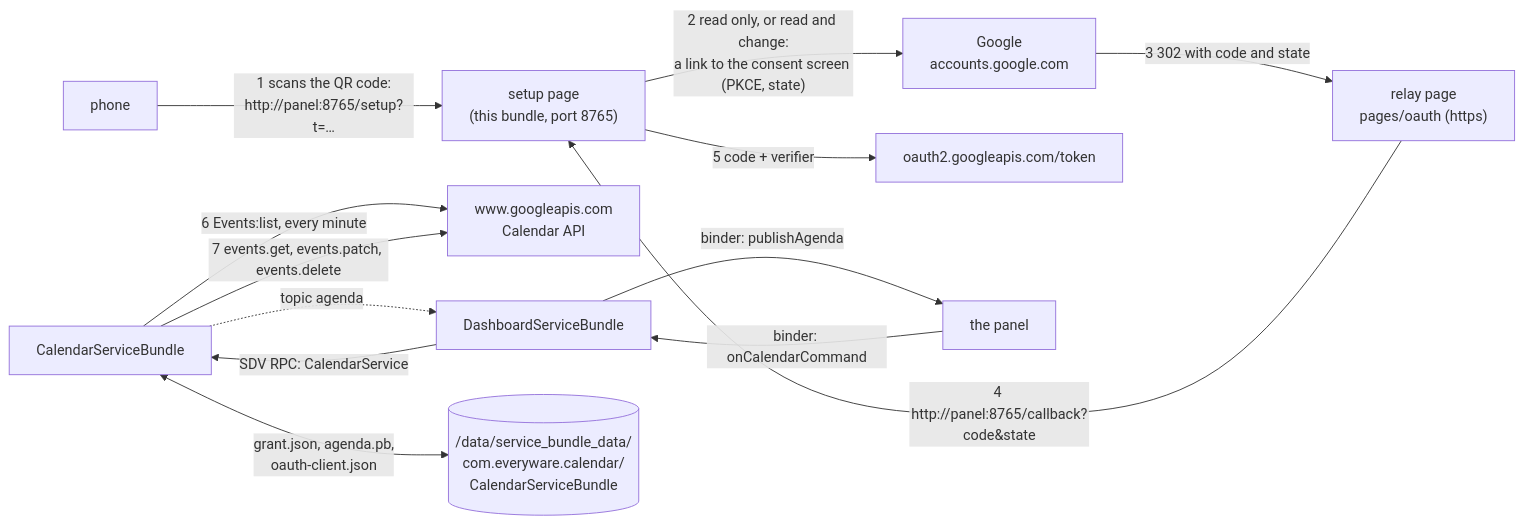
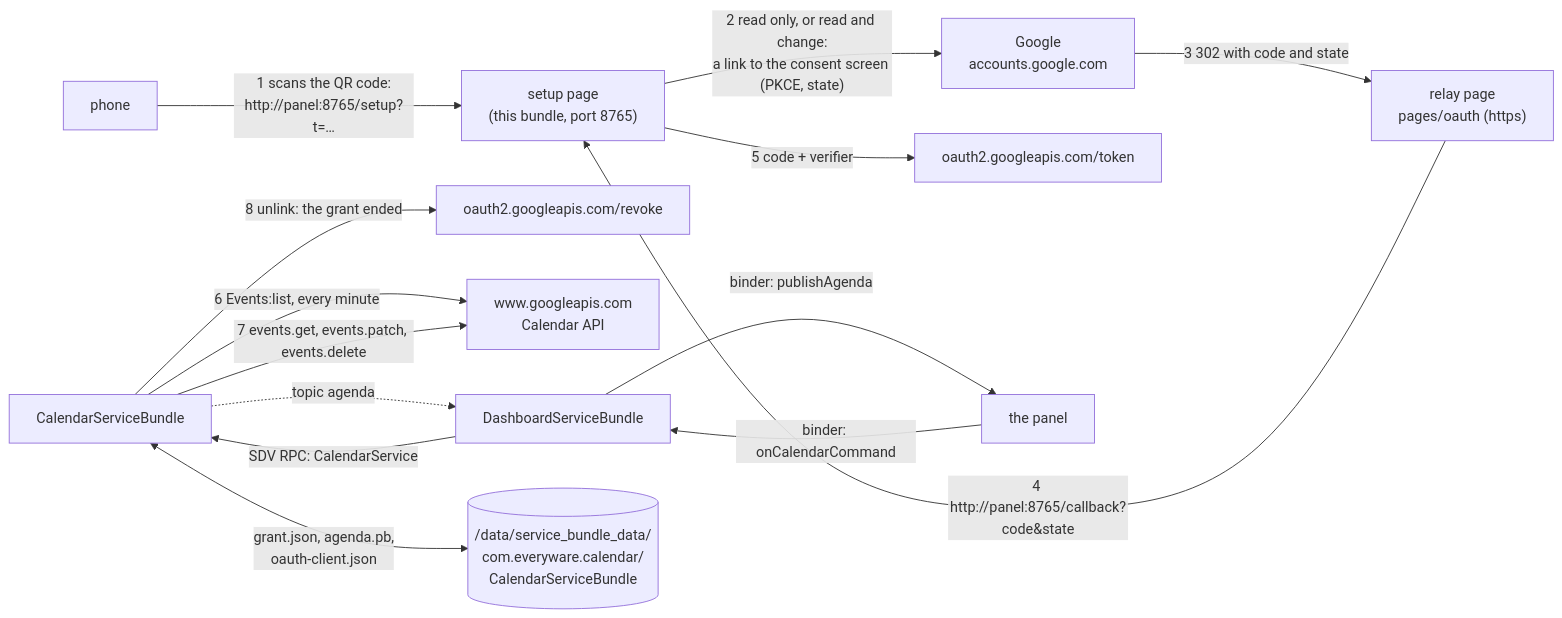
One commit to sdv-everyware/everyware changed the diagram in bundles/calendar/README.md. Above: the diagram before and after it, drawn with Mermaid. The commit also changed other lines of this file and 10 other files, not shown here.

````diff
--- a/bundles/calendar/README.md
+++ b/bundles/calendar/README.md
@@ -26,15 +26,16 @@
 ```mermaid
 flowchart LR
     PH["phone"] -- "1 scans the QR code:<br/>http://panel:8765/setup?t=…" --> SP
     SP["setup page<br/>(this bundle, port 8765)"] -- "2 read only, or read and change:<br/>a link to the consent screen (PKCE, state)" --> G["Google<br/>accounts.google.com"]
     G -- "3 302 with code and state" --> RP["relay page<br/>pages/oauth (https)"]
     RP -- "4 http://panel:8765/callback?code&state" --> SP
     SP -- "5 code + verifier" --> T["oauth2.googleapis.com/token"]
+    CB -- "8 unlink: the grant ended" --> R["oauth2.googleapis.com/revoke"]
     CB["CalendarServiceBundle"] -- "6 Events:list, every minute" --> API["www.googleapis.com<br/>Calendar API"]
     CB -. "topic agenda" .-> DB["DashboardServiceBundle"]
     DB -- "binder: publishAgenda" --> APP["the panel"]
     APP -- "binder: onCalendarCommand" --> DB
     DB -- "SDV RPC: CalendarService" --> CB
     CB -- "7 events.get, events.patch, events.delete" --> API
     CB <-- "grant.json, agenda.pb,<br/>oauth-client.json" --> ST[("/data/service_bundle_data/<br/>com.everyware.calendar/<br/>CalendarServiceBundle")]
 ```
````
